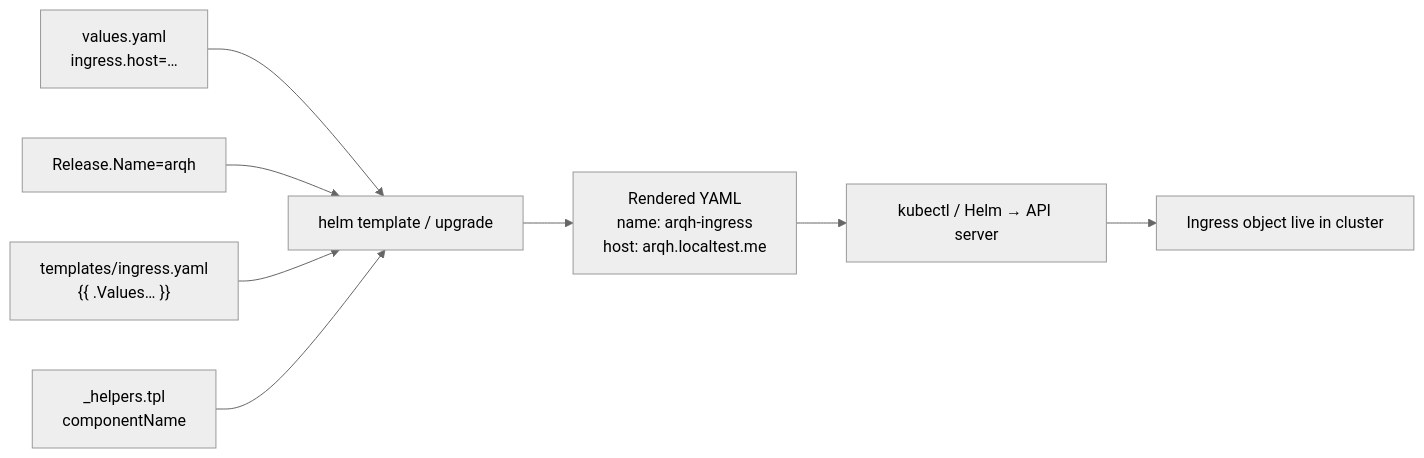
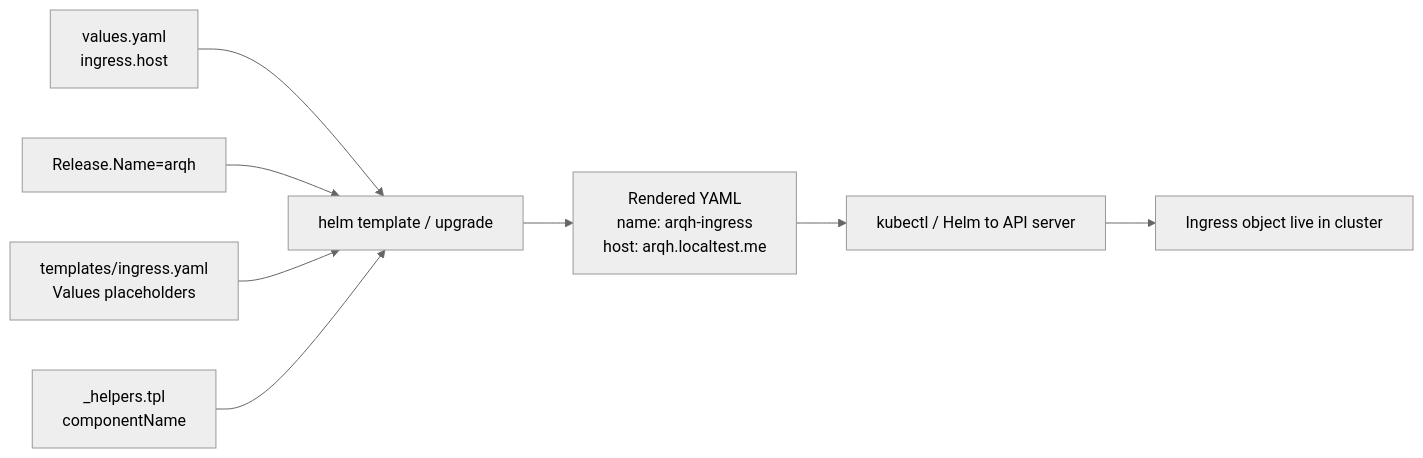
The ninth of 12 diagrams in README.md (eqan/Scalable-Fleet-Dispatcher), drawn with Mermaid (neutral theme) before and after one commit. The commit also changed other lines of this file, not shown here.

````diff
--- a/README.md
+++ b/README.md
@@ -478,10 +478,10 @@
 ```mermaid
 flowchart LR
-  V["values.yaml<br/>ingress.host=…"] --> H["helm template / upgrade"]
+  V["values.yaml<br/>ingress.host"] --> H["helm template / upgrade"]
   R["Release.Name=arqh"] --> H
-  T["templates/ingress.yaml<br/>{{ .Values… }}"] --> H
+  T["templates/ingress.yaml<br/>Values placeholders"] --> H
   P["_helpers.tpl<br/>componentName"] --> H
   H --> Y["Rendered YAML<br/>name: arqh-ingress<br/>host: arqh.localtest.me"]
-  Y --> K["kubectl / Helm → API server"]
+  Y --> K["kubectl / Helm to API server"]
   K --> O["Ingress object live in cluster"]
 ```
````
